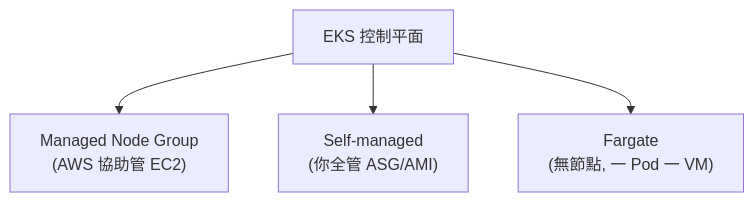
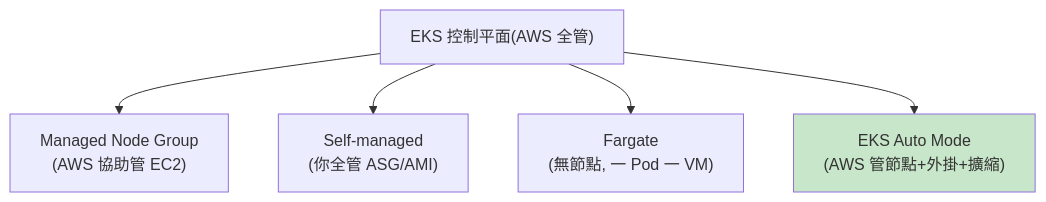
Before and after one commit to cmingou/k8s-learning: the sixth of 8 diagrams in docs/02-eks/README.md, drawn with Mermaid. The commit also changed other lines of this file and 2 other files, not shown here.

First line of the commit message:
新增 Gateway API、In-Place Pod Resize、EKS Auto Mode(跨分支審查後整理)

````diff
--- a/docs/02-eks/README.md
+++ b/docs/02-eks/README.md
@@ -676,6 +677,8 @@
 ```mermaid
 flowchart TB
-    EKS["EKS 控制平面"] --> MNG["Managed Node Group<br/>(AWS 協助管 EC2)"]
+    EKS["EKS 控制平面(AWS 全管)"] --> MNG["Managed Node Group<br/>(AWS 協助管 EC2)"]
     EKS --> SELF["Self-managed<br/>(你全管 ASG/AMI)"]
     EKS --> FARGATE["Fargate<br/>(無節點, 一 Pod 一 VM)"]
+    EKS --> AUTO["EKS Auto Mode<br/>(AWS 管節點+外掛+擴縮)"]
+    style AUTO fill:#c8e6c9
 ```
````
